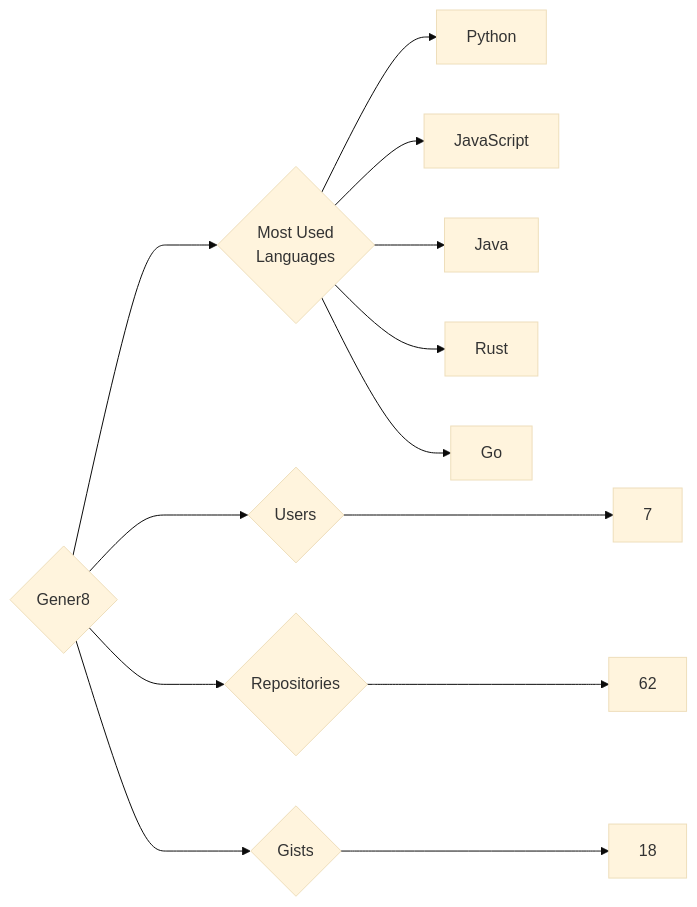
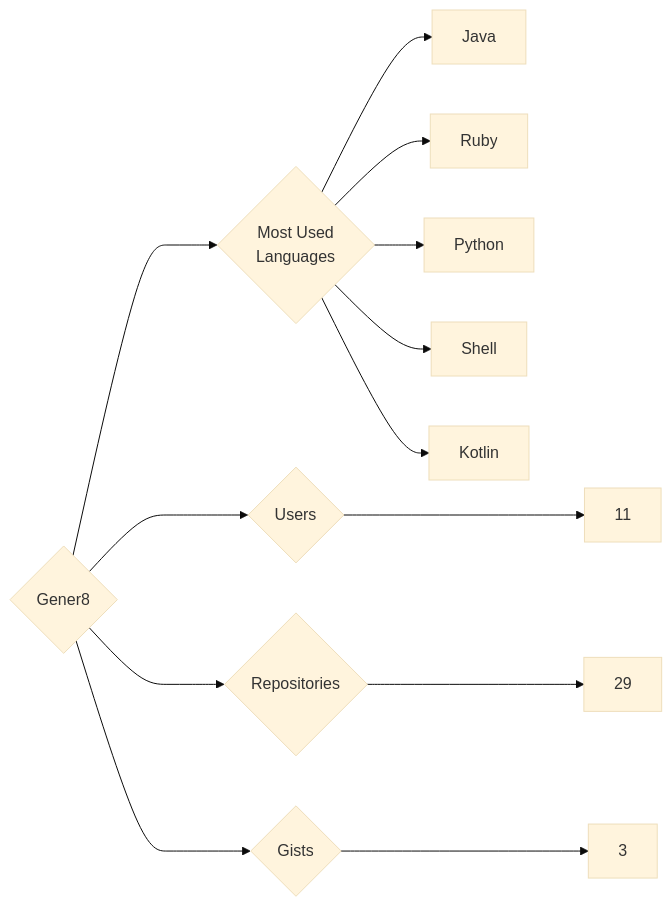
One commit to trickest/insiders changed the diagram in targets/Gener8/README.md. Above: the diagram before and after it, drawn with Mermaid (base theme). The commit also changed 714 other files, not shown here.

````diff
--- a/targets/Gener8/README.md
+++ b/targets/Gener8/README.md
@@ -3,13 +3,13 @@
 ```mermaid
 graph LR
 COMPANY_NAME{Gener8}
-COMPANY_NAME ---> U{Users} ---> UN[7]
-COMPANY_NAME ---> R{Repositories} ---> RN[62]
-COMPANY_NAME ---> G{Gists} ---> GN[18]
+COMPANY_NAME ---> U{Users} ---> UN[11]
+COMPANY_NAME ---> R{Repositories} ---> RN[29]
+COMPANY_NAME ---> G{Gists} ---> GN[3]
 COMPANY_NAME ---> ML{Most Used<br>Languages}
+ML --> Java[Java]
+ML --> Ruby[Ruby]
 ML --> Python[Python]
-ML --> JavaScript[JavaScript]
-ML --> Java[Java]
-ML --> Rust[Rust]
-ML --> Go[Go]
+ML --> Shell[Shell]
+ML --> Kotlin[Kotlin]
 ```
````
